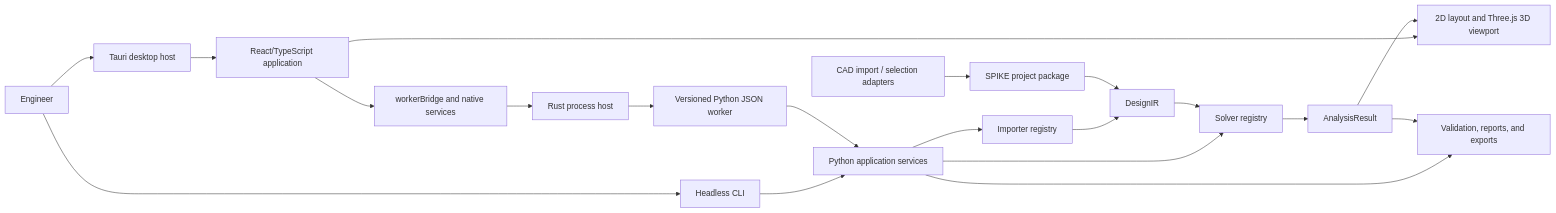
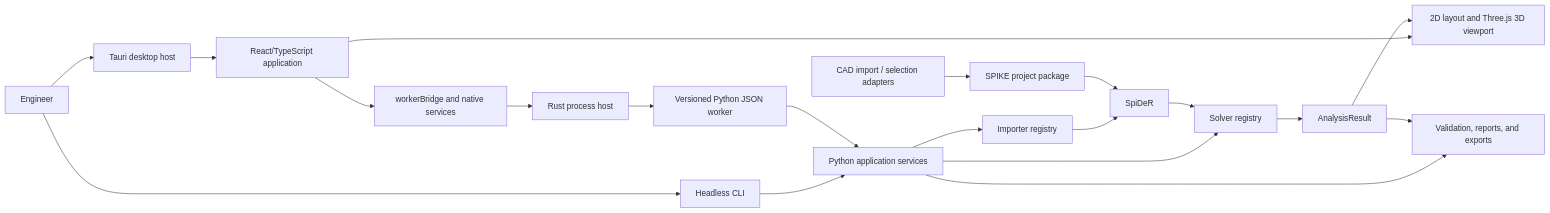
Before and after one commit to krishna-swaroop/SPIKE: the first of 4 diagrams in ARCHITECTURE.md, drawn with Mermaid. The commit also changed other lines of this file and 523 other files, not shown here.

````diff
--- a/ARCHITECTURE.md
+++ b/ARCHITECTURE.md
@@ -82,22 +82,22 @@
 ```mermaid
 flowchart LR
     User["Engineer"] --> Desktop["Tauri desktop host"]
     User --> CLI["Headless CLI"]
     Adapter["CAD import / selection adapters"] --> Package["SPIKE project package"]
     Desktop --> React["React/TypeScript application"]
     React --> View["2D layout and Three.js 3D viewport"]
     React --> DesktopBridge["workerBridge and native services"]
     DesktopBridge --> Rust["Rust process host"]
     Rust --> Worker["Versioned Python JSON worker"]
     CLI --> WorkerCore["Python application services"]
     Worker --> WorkerCore
     WorkerCore --> Importers["Importer registry"]
     WorkerCore --> Solvers["Solver registry"]
     WorkerCore --> Reports["Validation, reports, and exports"]
-    Importers --> IR["DesignIR"]
+    Importers --> IR["SpiDeR"]
     Solvers --> Result["AnalysisResult"]
     Package --> IR
     IR --> Solvers
     Result --> View
     Result --> Reports
 ```
````
